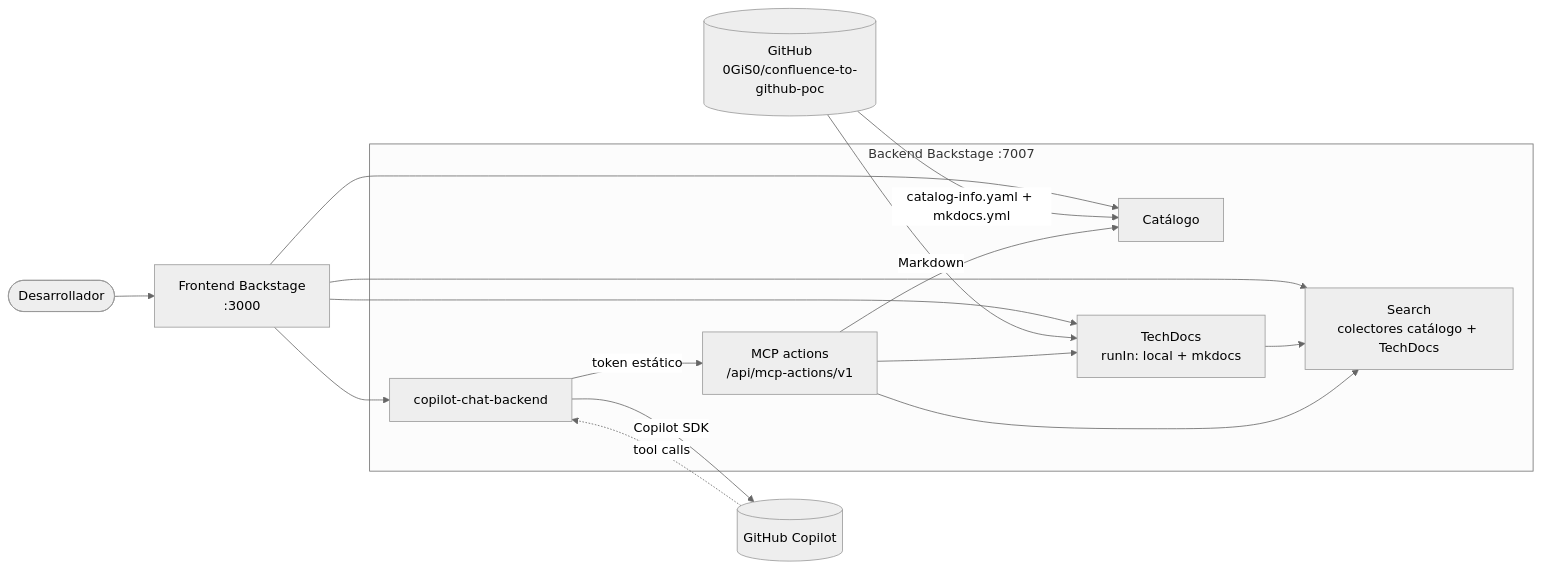
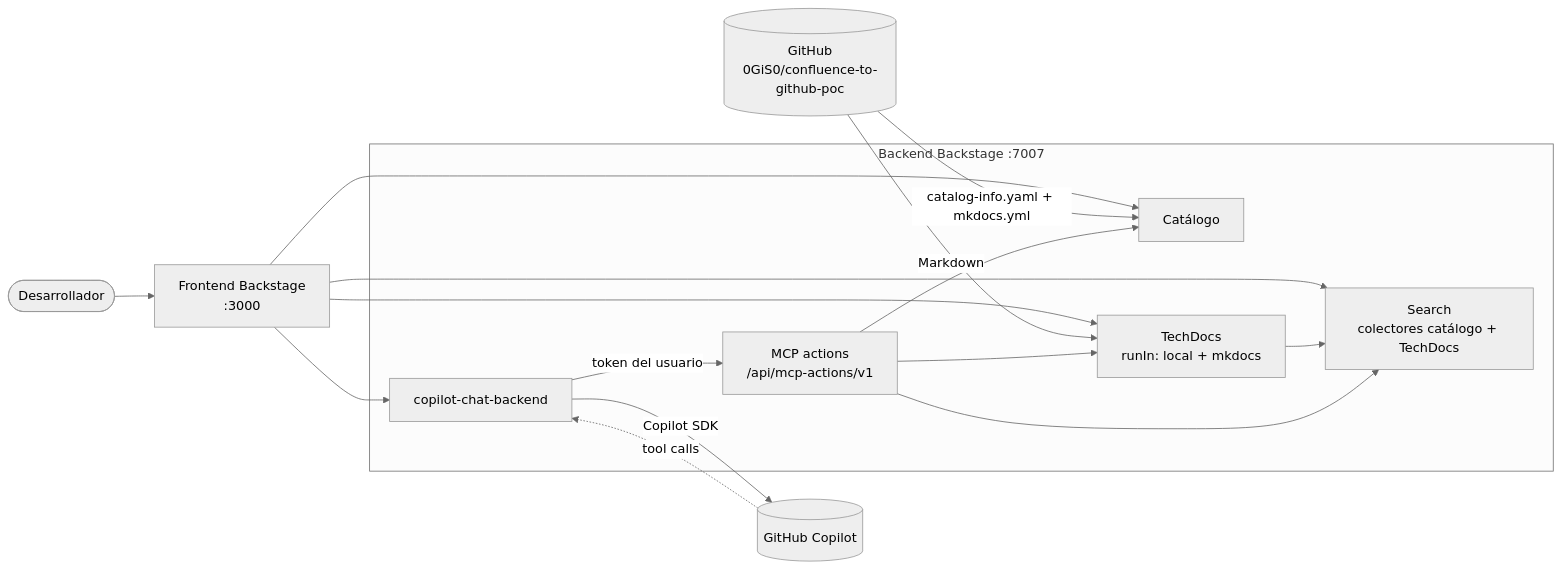
One commit to 0GiS0/backstage-copilot-docs-poc changed the diagram in README.md. Above: the diagram before and after it, drawn with Mermaid (neutral theme). The commit also changed other lines of this file and 6 other files, not shown here.

First line of the commit message:
fix(copilot-chat): call MCP actions on behalf of the signed-in user

````diff
--- a/README.md
+++ b/README.md
@@ -11,24 +11,24 @@
 ```mermaid
 flowchart LR
   user([Desarrollador]) --> app[Frontend Backstage<br/>:3000]
   app --> catalog
   app --> techdocs
   app --> search
   app --> chat
   subgraph be[Backend Backstage :7007]
     catalog[Catálogo]
     techdocs[TechDocs<br/>runIn: local + mkdocs]
     search[Search<br/>colectores catálogo + TechDocs]
     mcp[MCP actions<br/>/api/mcp-actions/v1]
     chat[copilot-chat-backend]
   end
   docs[(GitHub<br/>0GiS0/confluence-to-github-poc)] -- catalog-info.yaml + mkdocs.yml --> catalog
   docs -- Markdown --> techdocs
   techdocs --> search
   chat -- Copilot SDK --> copilot[(GitHub Copilot)]
   copilot -. tool calls .-> chat
-  chat -- token estático --> mcp
+  chat -- token del usuario --> mcp
   mcp --> search
   mcp --> catalog
   mcp --> techdocs
 ```
````
